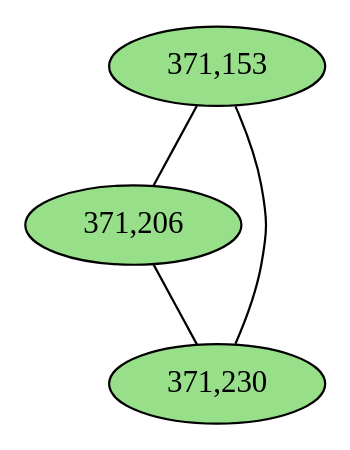
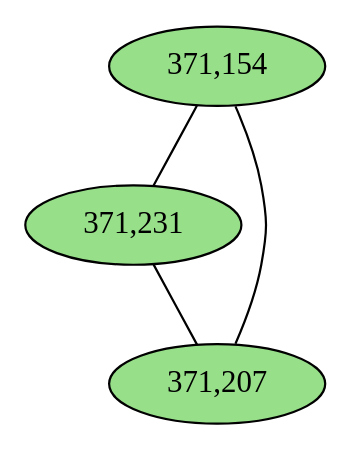
One commit to fedarko/sheepgut changed the diagram in notebooks/graphs/CAMP_cc5.gv. Above: the diagram before and after it, drawn with Graphviz. The commit also changed 60 other files, not shown here.

First line of the commit message:
1-index positions in nx graphs

```diff
--- a/notebooks/graphs/CAMP_cc5.gv
+++ b/notebooks/graphs/CAMP_cc5.gv
@@ -1,10 +1,10 @@
 graph CAMP_cc5 {
 	overlap="prism50";
 	outputorder="edgesfirst";
-	"371,153" [style="filled", fillcolor="#98df8a", fontcolor="#000000"];
-	"371,206" [style="filled", fillcolor="#98df8a", fontcolor="#000000"];
-	"371,230" [style="filled", fillcolor="#98df8a", fontcolor="#000000"];
-	"371,153" -- "371,206";
-	"371,153" -- "371,230";
-	"371,206" -- "371,230";
+	"371,154" [style="filled", fillcolor="#98df8a", fontcolor="#000000"];
+	"371,231" [style="filled", fillcolor="#98df8a", fontcolor="#000000"];
+	"371,207" [style="filled", fillcolor="#98df8a", fontcolor="#000000"];
+	"371,154" -- "371,207";
+	"371,154" -- "371,231";
+	"371,231" -- "371,207";
 }
```
